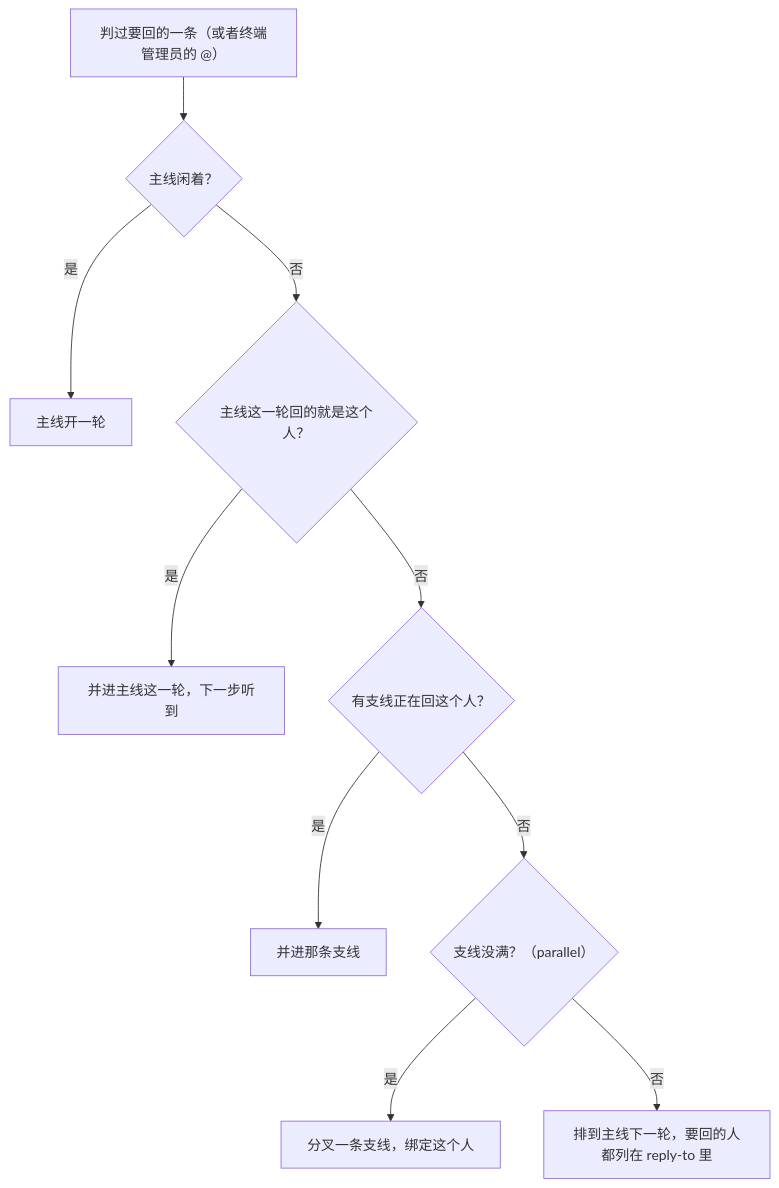
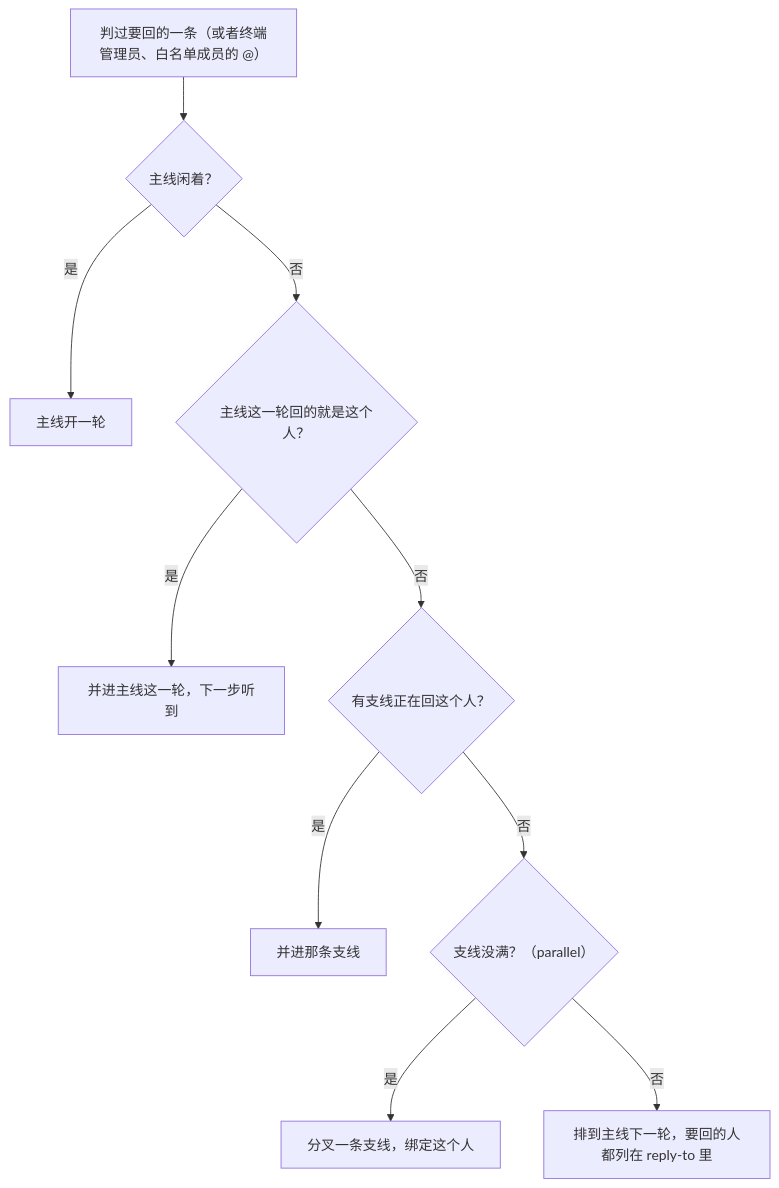
The fourth of 6 diagrams in docs/designs/18-通讯平台.md (SHORiN-KiWATA/miyu-agent-remake), drawn with Mermaid before and after one commit. The commit also changed other lines of this file and 42 other files, not shown here.

````diff
--- a/docs/designs/18-通讯平台.md
+++ b/docs/designs/18-通讯平台.md
@@ -398,12 +398,12 @@
 ```mermaid
 flowchart TB
-    t["判过要回的一条（或者终端管理员的 @）"] --> idle{"主线闲着？"}
+    t["判过要回的一条（或者终端管理员、白名单成员的 @）"] --> idle{"主线闲着？"}
     idle -- "是" --> mstart["主线开一轮"]
     idle -- "否" --> same{"主线这一轮回的就是这个人？"}
     same -- "是" --> join["并进主线这一轮，下一步听到"]
     same -- "否" --> lsame{"有支线正在回这个人？"}
     lsame -- "是" --> ljoin["并进那条支线"]
     lsame -- "否" --> room{"支线没满？（parallel）"}
     room -- "是" --> fork["分叉一条支线，绑定这个人"]
     room -- "否" --> queue["排到主线下一轮，要回的人都列在 reply-to 里"]
 ```
````
